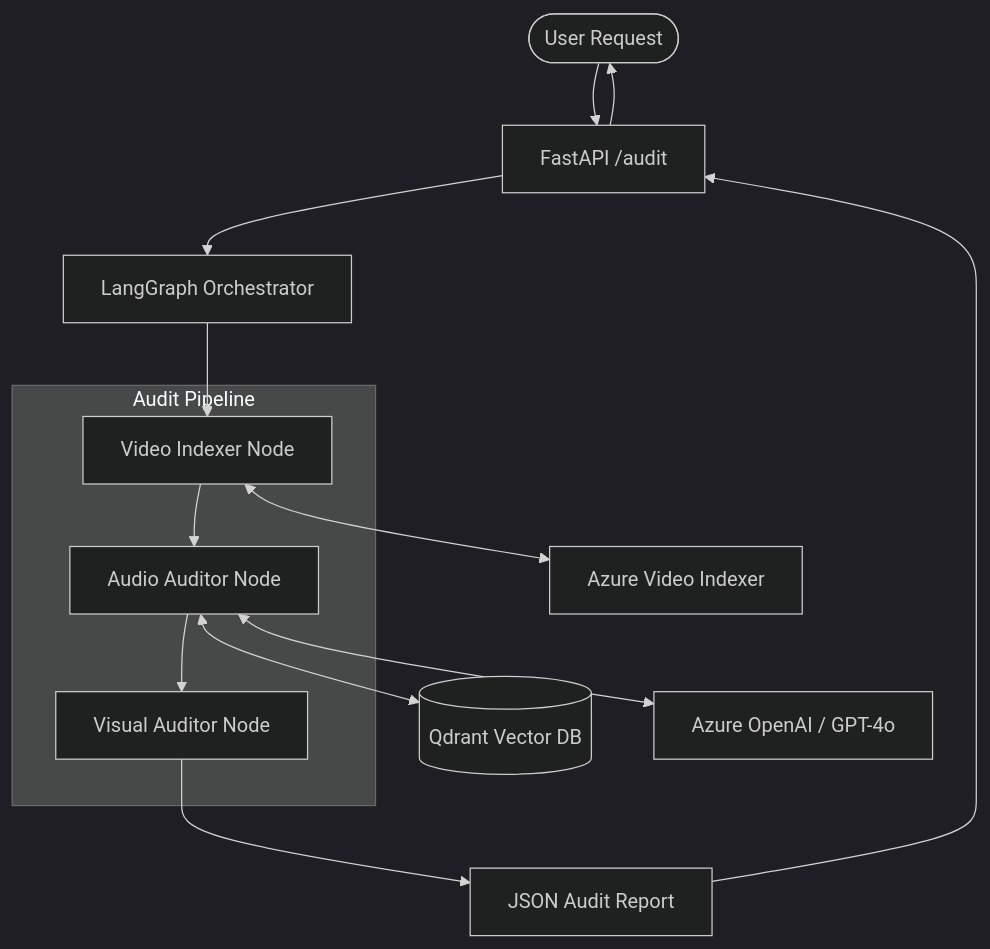
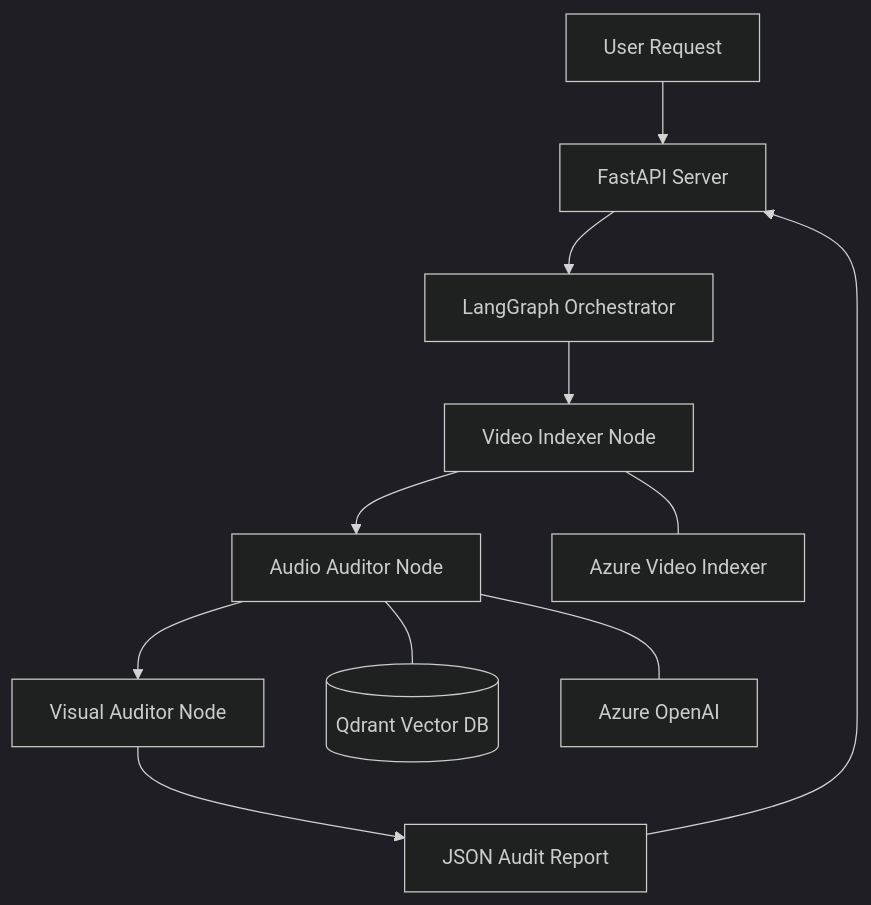
The first of 2 diagrams in PROJECT_DOCUMENTATION.md (aammss4444/LLMOPS-Multimodal), drawn with Mermaid (dark theme) before and after one commit. The commit also changed 16 other files, not shown here.

Commit message:
docs: fix mermaid syntax for better rendering compatibility

````diff
--- a/PROJECT_DOCUMENTATION.md
+++ b/PROJECT_DOCUMENTATION.md
@@ -56,20 +56,16 @@
 ```mermaid
 graph TD
-    User([User Request]) --> FastAPI[FastAPI /audit]
+    User[User Request] --> FastAPI[FastAPI Server]
     FastAPI --> LG[LangGraph Orchestrator]
     
-    subgraph "Audit Pipeline"
-        Node1[Video Indexer Node] --> Node2[Audio Auditor Node]
-        Node2 --> Node3[Visual Auditor Node]
-    end
+    LG --> Node1[Video Indexer Node]
+    Node1 --> Node2[Audio Auditor Node]
+    Node2 --> Node3[Visual Auditor Node]
     
-    LG --> Node1
-    Node1 <--> AVI[Azure Video Indexer]
-    
-    Node2 <--> Qdrant[(Qdrant Vector DB)]
-    Node2 <--> GPT[Azure OpenAI / GPT-4o]
+    Node1 --- AVI[Azure Video Indexer]
+    Node2 --- Qdrant[(Qdrant Vector DB)]
+    Node2 --- GPT[Azure OpenAI]
     
     Node3 --> Report[JSON Audit Report]
     Report --> FastAPI
-    FastAPI --> User
 ```
````
